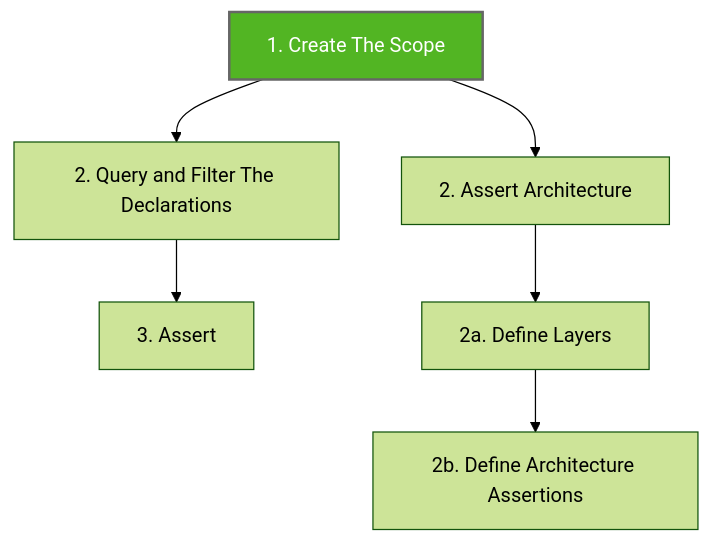
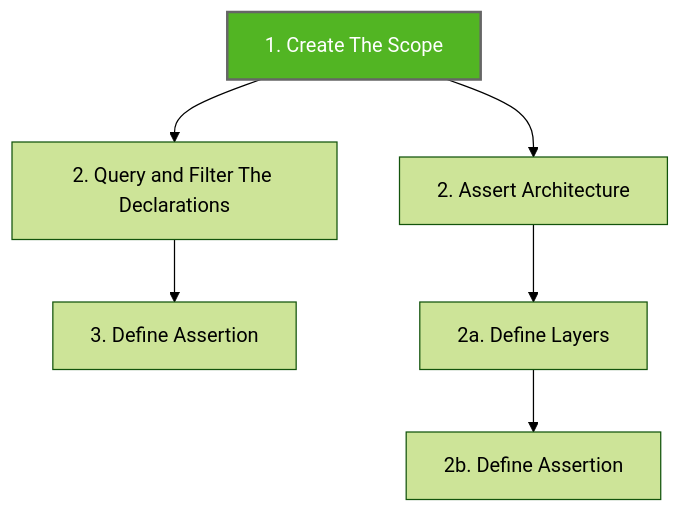
One commit to LemonAppDev/konsist-documentation changed the first of 2 diagrams in writing-tests/koscope.md. Above: the diagram before and after it, drawn with Mermaid. The commit also changed 4 other files, not shown here.

````diff
--- a/writing-tests/koscope.md
+++ b/writing-tests/koscope.md
@@ -13,13 +13,13 @@
 ```mermaid
 %%{init: {'theme':'forest'}}%%
 flowchart TB
     Step1["1. Create The Scope"]-->StepD2
     Step1["1. Create The Scope"]-->StepA2
     StepD2["2. Query and Filter The Declarations"]-->StepD3
-    StepD3["3. Assert"]
+    StepD3["3. Define Assertion"]
     StepA2["2. Assert Architecture"]-->StepA3
     StepA3["2a. Define Layers"]-->StepA4
-    StepA4["2b. Define Architecture Assertions"]
+    StepA4["2b. Define Assertion"]
     style Step1 fill:#52B523,stroke:#666,stroke-width:2px,color:#fff
 
 ```
````
